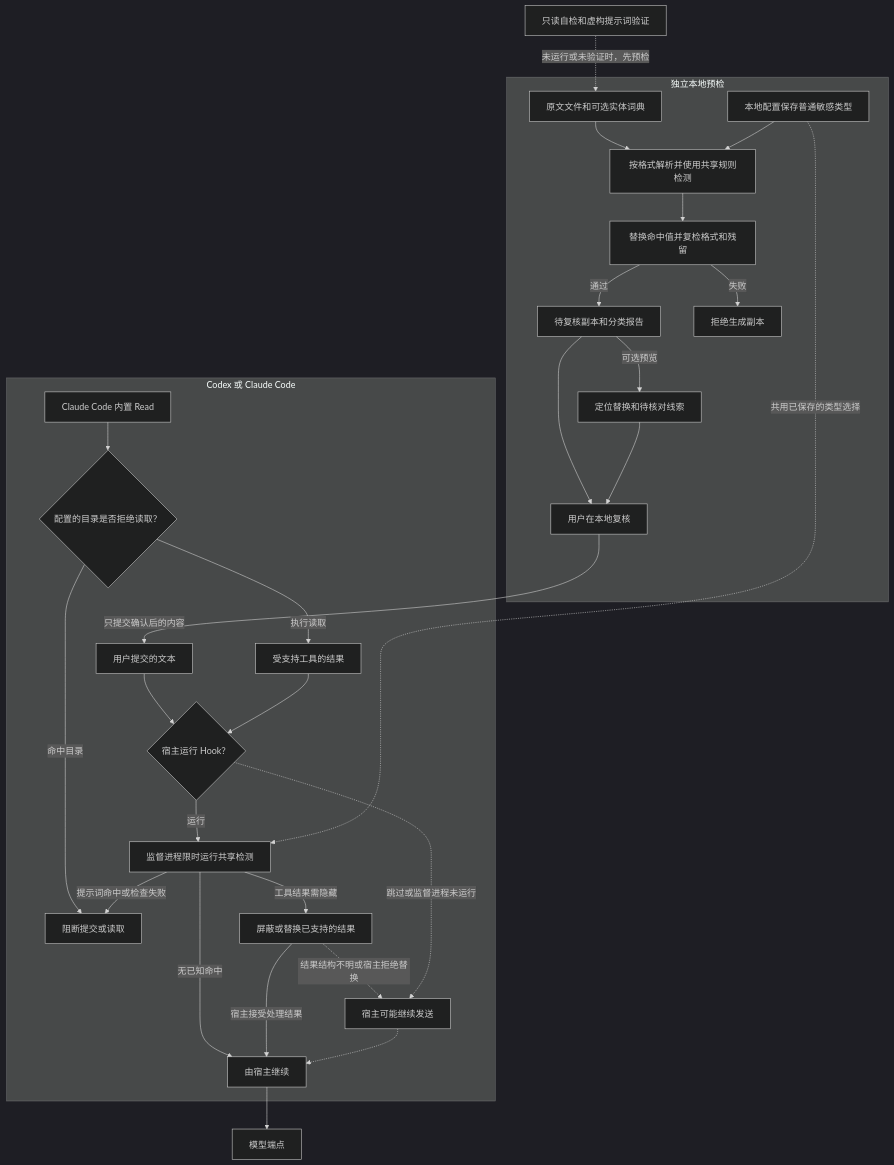
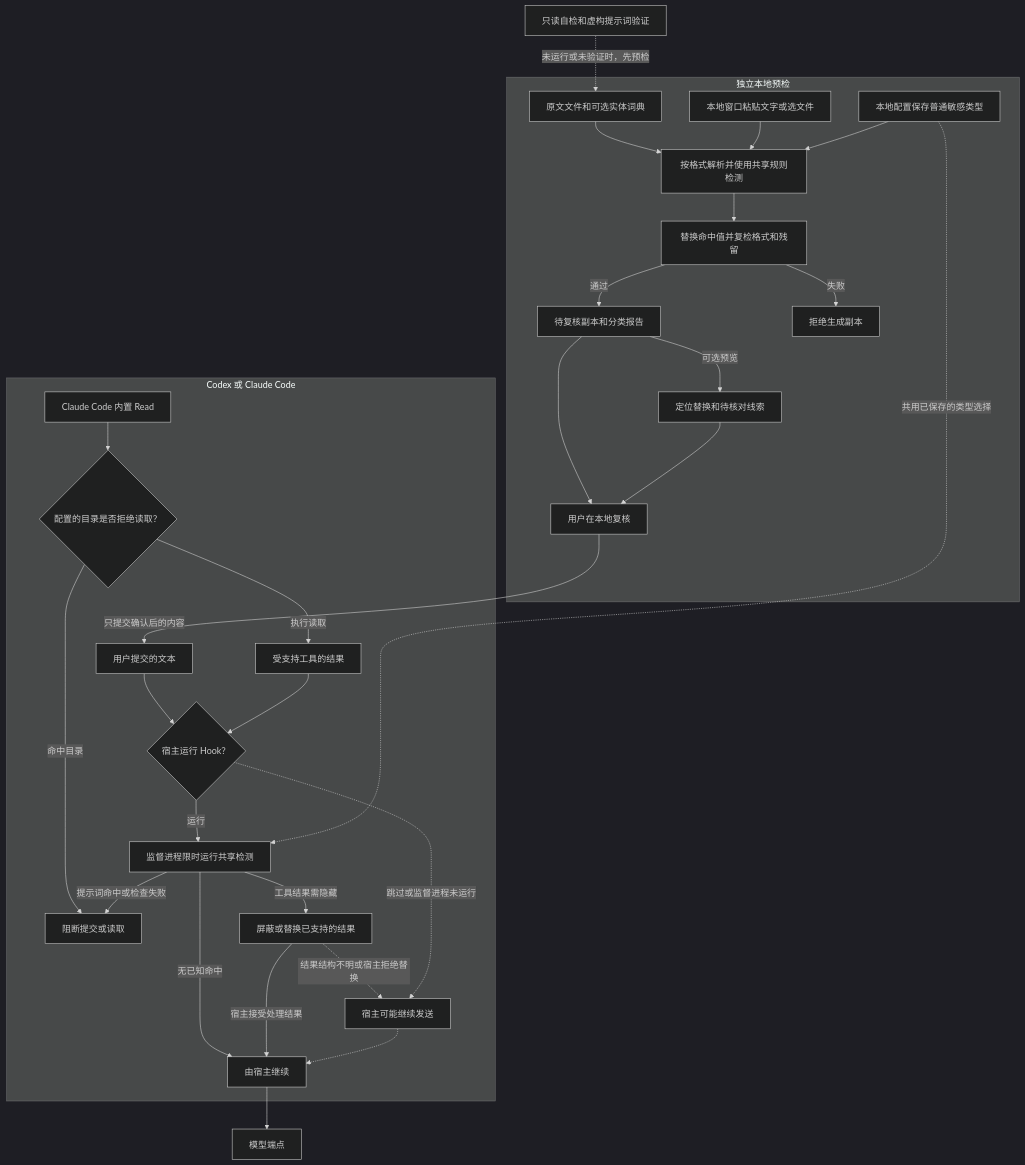
Before and after one commit to AsherChenShi/local-privacy-sanitize: the diagram in references/architecture.md, drawn with Mermaid (dark theme). The commit also changed other lines of this file and 26 other files, not shown here.

````diff
--- a/references/architecture.md
+++ b/references/architecture.md
@@ -5,34 +5,35 @@
 ```mermaid
 flowchart TB
     subgraph Local[独立本地预检]
         Raw[原文文件和可选实体词典] --> Format[按格式解析并使用共享规则检测]
+        Window[本地窗口粘贴文字或选文件] --> Format
         Policy[本地配置保存普通敏感类型] --> Format
         Format --> Verify[替换命中值并复检格式和残留]
         Verify -->|通过| Draft[待复核副本和分类报告]
         Verify -->|失败| Stop[拒绝生成副本]
         Draft --> Review[用户在本地复核]
         Draft -->|可选预览| Preview[定位替换和待核对线索]
         Preview --> Review
     end
 
     subgraph Host[Codex 或 Claude Code]
         Input[用户提交的文本] --> Dispatch{宿主运行 Hook？}
         Read[Claude Code 内置 Read] --> Roots{配置的目录是否拒绝读取？}
         Roots -->|命中目录| Block[阻断提交或读取]
         Roots -->|执行读取| Tool
         Tool[受支持工具的结果] --> Dispatch
         Dispatch -->|运行| Watch[监督进程限时运行共享检测]
         Watch -->|无已知命中| Ready[由宿主继续]
         Watch -->|提示词命中或检查失败| Block
         Watch -->|工具结果需隐藏| Filter[屏蔽或替换已支持的结果]
         Filter -->|宿主接受处理结果| Ready
         Filter -.->|结果结构不明或宿主拒绝替换| Gap
         Dispatch -.->|跳过或监督进程未运行| Gap[宿主可能继续发送]
         Gap -.-> Ready
     end
 
     Policy -.->|共用已保存的类型选择| Watch
     Review -->|只提交确认后的内容| Input
     Status[只读自检和虚构提示词验证] -.->|未运行或未验证时，先预检| Raw
     Ready --> Model[模型端点]
 ```
````
